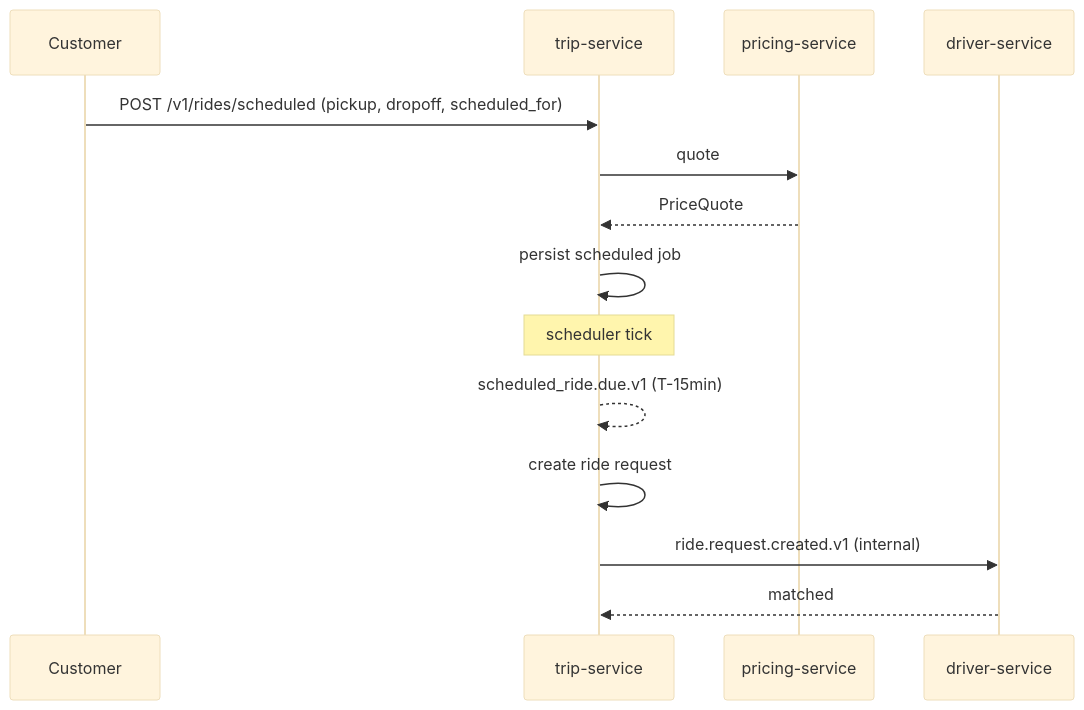
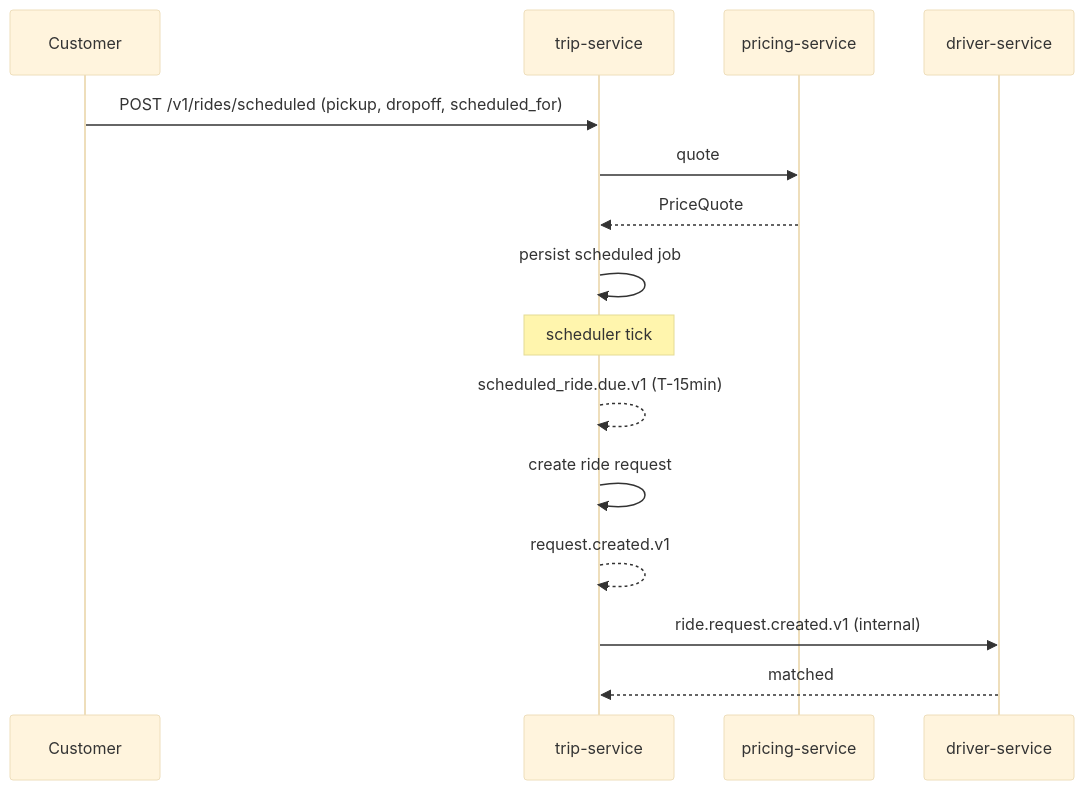
Diagram 12 of 15 in docs/workflows/RIDE_WORKFLOWS.md (mohamedhabibwork/trips-enjoy-docs), drawn with Mermaid (base theme) before and after one commit. The commit also changed other lines of this file and 201 other files, not shown here.

````diff
--- a/docs/workflows/RIDE_WORKFLOWS.md
+++ b/docs/workflows/RIDE_WORKFLOWS.md
@@ -274,17 +306,18 @@
 ```mermaid
 sequenceDiagram
     participant C as Customer
     participant TR as trip-service
     participant PRC as pricing-service
     participant DRV as driver-service
 
     C->>TR: POST /v1/rides/scheduled (pickup, dropoff, scheduled_for)
     TR->>PRC: quote
     PRC-->>TR: PriceQuote
     TR->>TR: persist scheduled job
     Note over TR: scheduler tick
     TR-->>TR: scheduled_ride.due.v1 (T-15min)
     TR->>TR: create ride request
+    TR-->>TR: request.created.v1
     TR->>DRV: ride.request.created.v1 (internal)
     DRV-->>TR: matched
 ```
````
